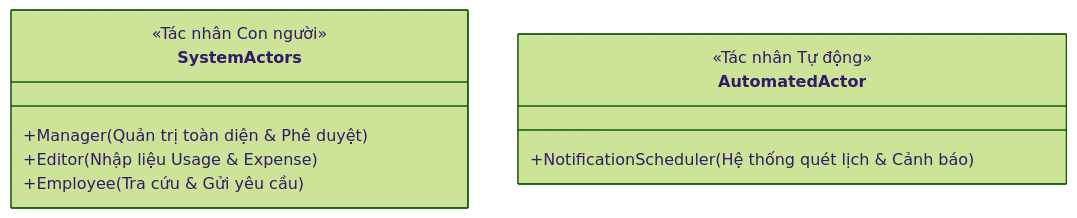
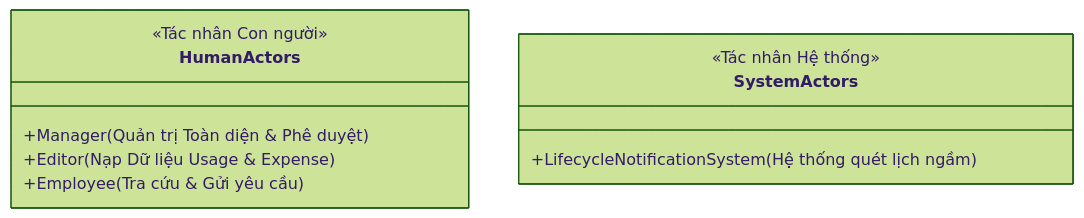
Before and after one commit to cuonglpv/VFast: the first of 5 diagrams in docs/02-use-cases.md, drawn with Mermaid (forest theme). The commit also changed other lines of this file and 3 other files, not shown here.

````diff
--- a/docs/02-use-cases.md
+++ b/docs/02-use-cases.md
@@ -10,13 +11,13 @@
 ```mermaid
 classDiagram
-    class SystemActors {
+    class HumanActors {
         <<Tác nhân Con người>>
-        +Manager (Quản trị toàn diện & Phê duyệt)
-        +Editor (Nhập liệu Usage & Expense)
+        +Manager (Quản trị Toàn diện & Phê duyệt)
+        +Editor (Nạp Dữ liệu Usage & Expense)
         +Employee (Tra cứu & Gửi yêu cầu)
     }
-    class AutomatedActor {
-        <<Tác nhân Tự động>>
-        +NotificationScheduler (Hệ thống quét lịch & Cảnh báo)
+    class SystemActors {
+        <<Tác nhân Hệ thống>>
+        +LifecycleNotificationSystem (Hệ thống quét lịch ngầm)
     }
 ```
````
